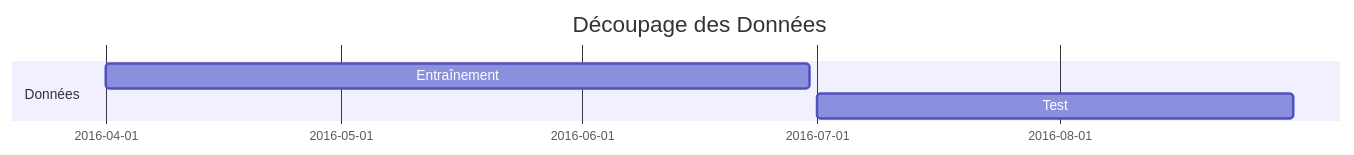
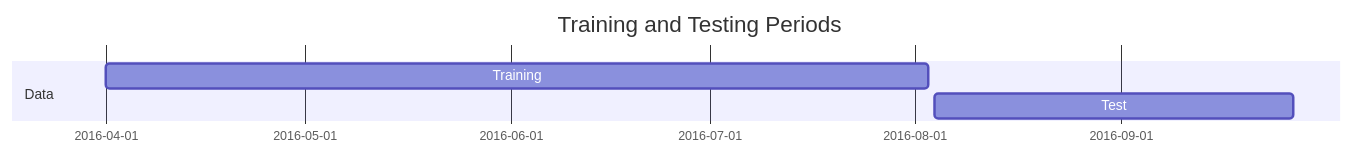
One commit to Hisqkq/Hisqkq.github.io changed the diagram in _posts/2024-05-05-TER.md. Above: the diagram before and after it, drawn with Mermaid. The commit also changed other lines of this file and 15 other files, not shown here.

````diff
--- a/_posts/2024-05-05-TER.md
+++ b/_posts/2024-05-05-TER.md
@@ -144,9 +145,9 @@
 ```mermaid
 gantt
-    title Découpage des Données
+    title Training and Testing Periods
     dateFormat  YYYY-MM-DD
     axisFormat  %Y-%m-%d
-    section Données
-    Entraînement :a1, 2016-04-01, 2016-06-30
-    Test         :a2, 2016-07-01, 2016-08-31
+    section Data
+    Training :a1, 2016-04-01, 2016-08-03
+    Test         :a2, 2016-08-04, 2016-09-27
 ```
````
